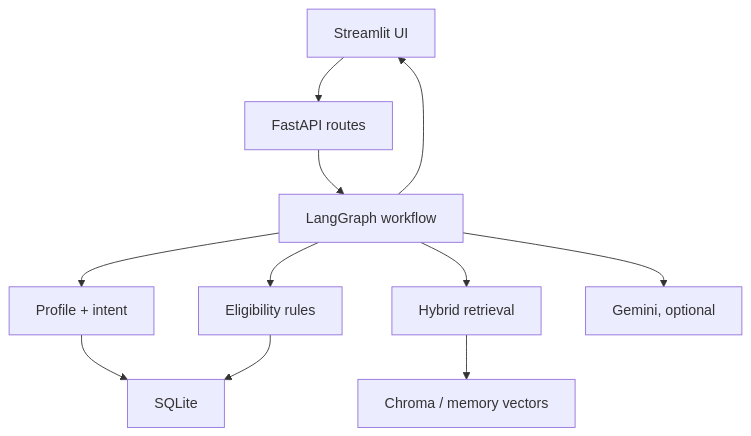
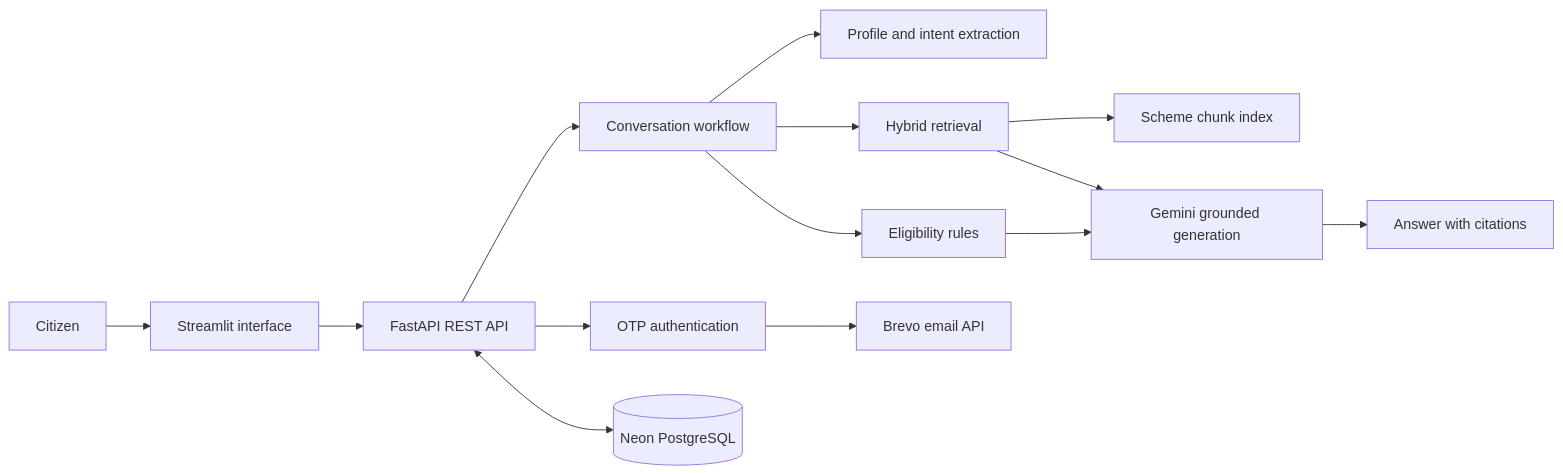
The first of 2 diagrams in README.md (vickeypandey/JanScope-AI), drawn with Mermaid before and after one commit. The commit also changed other lines of this file and 1 other file, not shown here.

Commit message:
Rewrite README for deployed JanScope architecture

````diff
--- a/README.md
+++ b/README.md
@@ -32,13 +27,16 @@
 ```mermaid
-flowchart TD
-    UI["Streamlit UI"] --> API["FastAPI routes"]
-    API --> WF["LangGraph workflow"]
-    WF --> PR["Profile + intent"]
-    WF --> RET["Hybrid retrieval"]
-    WF --> EL["Eligibility rules"]
-    RET --> CH["Chroma / memory vectors"]
-    PR --> DB["SQLite"]
-    EL --> DB
-    WF --> LLM["Gemini, optional"]
-    WF --> UI
+flowchart LR
+    U[Citizen] --> UI[Streamlit interface]
+    UI --> API[FastAPI REST API]
+    API --> AUTH[OTP authentication]
+    API --> WF[Conversation workflow]
+    WF --> PROFILE[Profile and intent extraction]
+    WF --> RET[Hybrid retrieval]
+    RET --> IDX[Scheme chunk index]
+    WF --> RULES[Eligibility rules]
+    RET --> LLM[Gemini grounded generation]
+    RULES --> LLM
+    LLM --> CITED[Answer with citations]
+    API <--> DB[(Neon PostgreSQL)]
+    AUTH --> EMAIL[Brevo email API]
 ```
````
